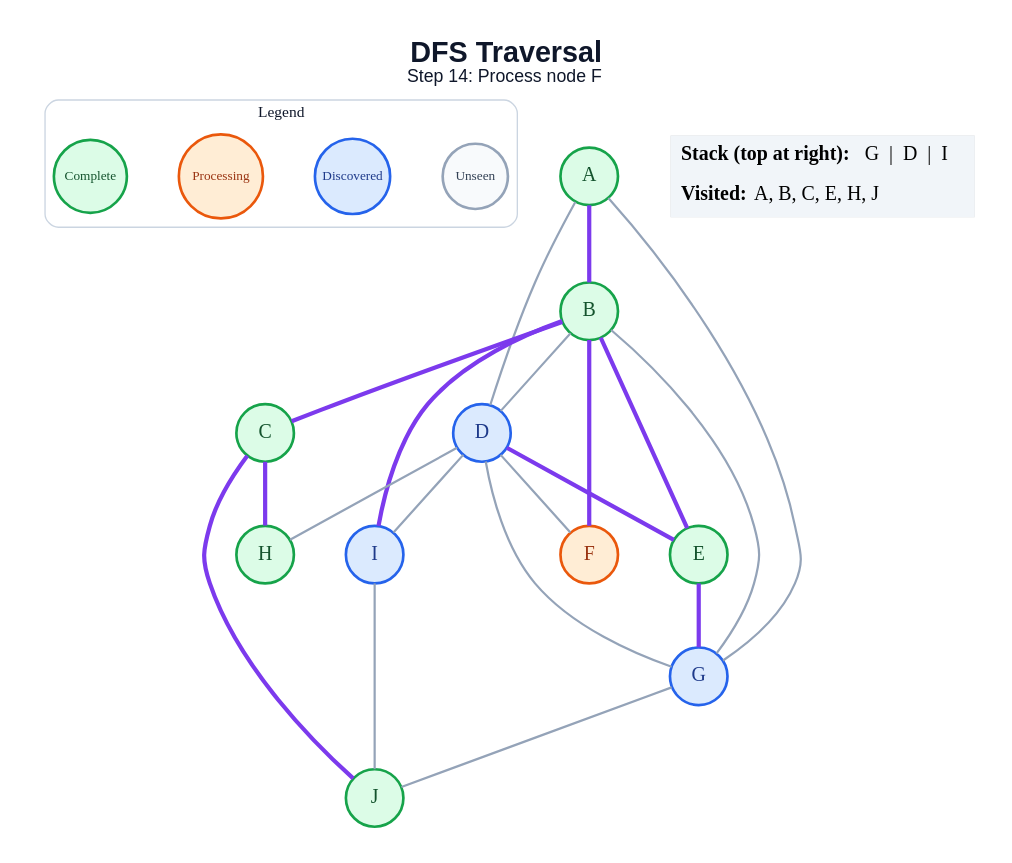
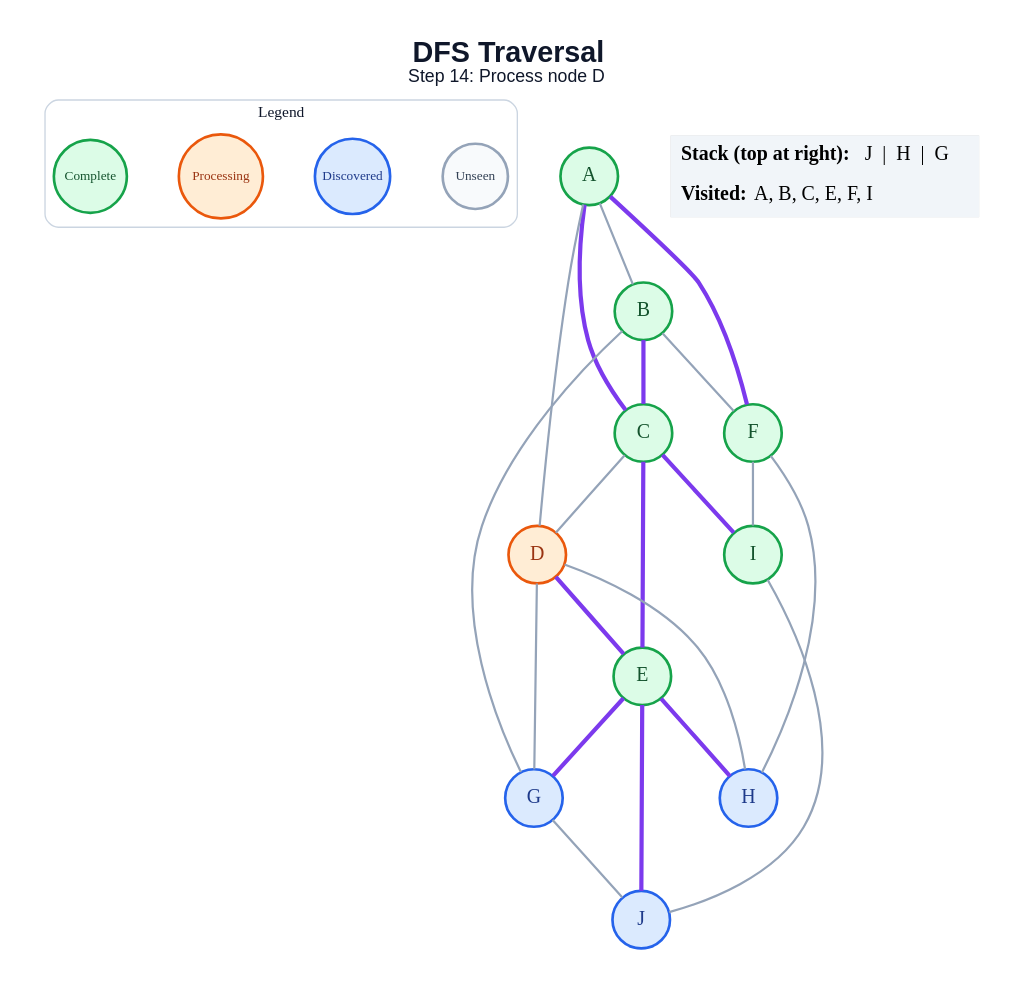
The diagram in generated/specific-node/dfs/step_14.dot (anon7238593-create/ai-slop), drawn with Graphviz before and after one commit. The commit also changed 178 other files, not shown here.

```diff
--- a/generated/specific-node/dfs/step_14.dot
+++ b/generated/specific-node/dfs/step_14.dot
@@ -1,48 +1,49 @@
 graph traversal {
   graph [layout=dot, rankdir=TB, bgcolor="#FFFFFF", pad="0.35", nodesep="0.65", ranksep="0.8", fontname="Arial"];
   node [shape=circle, style="filled", fontname="Arial Bold", fontsize=18, width=0.72, fixedsize=true, penwidth=2.4];
   edge [color="#94A3B8", penwidth=2.0];
-  label=<<B>DFS Traversal</B><BR/><FONT POINT-SIZE="16">Step 14: Process node F</FONT>>; labelloc="t"; fontsize=26; fontname="Arial"; fontcolor="#0F172A";
+  label=<<B>DFS Traversal</B><BR/><FONT POINT-SIZE="16">Step 14: Process node D</FONT>>; labelloc="t"; fontsize=26; fontname="Arial"; fontcolor="#0F172A";
   subgraph cluster_legend { label="Legend"; color="#CBD5E1"; penwidth=1.2; style="rounded"; fontsize=14; fontname="Arial Bold";
     key_unseen [label="Unseen", fillcolor="#F8FAFC", color="#94A3B8", fontcolor="#334155", fontsize=12, width=0.82];
     key_frontier [label="Discovered", fillcolor="#DBEAFE", color="#2563EB", fontcolor="#1E3A8A", fontsize=12, width=0.95];
     key_current [label="Processing", fillcolor="#FFEDD5", color="#EA580C", fontcolor="#9A3412", fontsize=12, width=1.05];
     key_done [label="Complete", fillcolor="#DCFCE7", color="#16A34A", fontcolor="#14532D", fontsize=12, width=0.92];
     { rank=same; key_unseen; key_frontier; key_current; key_done; }
   }
   A [fillcolor="#DCFCE7", color="#16A34A", fontcolor="#14532D"];
   B [fillcolor="#DCFCE7", color="#16A34A", fontcolor="#14532D"];
   C [fillcolor="#DCFCE7", color="#16A34A", fontcolor="#14532D"];
-  D [fillcolor="#DBEAFE", color="#2563EB", fontcolor="#1E3A8A"];
+  D [fillcolor="#FFEDD5", color="#EA580C", fontcolor="#9A3412"];
   E [fillcolor="#DCFCE7", color="#16A34A", fontcolor="#14532D"];
-  F [fillcolor="#FFEDD5", color="#EA580C", fontcolor="#9A3412"];
+  F [fillcolor="#DCFCE7", color="#16A34A", fontcolor="#14532D"];
   G [fillcolor="#DBEAFE", color="#2563EB", fontcolor="#1E3A8A"];
-  H [fillcolor="#DCFCE7", color="#16A34A", fontcolor="#14532D"];
-  I [fillcolor="#DBEAFE", color="#2563EB", fontcolor="#1E3A8A"];
-  J [fillcolor="#DCFCE7", color="#16A34A", fontcolor="#14532D"];
-  A -- B [color="#7C3AED", penwidth=3.8];
+  H [fillcolor="#DBEAFE", color="#2563EB", fontcolor="#1E3A8A"];
+  I [fillcolor="#DCFCE7", color="#16A34A", fontcolor="#14532D"];
+  J [fillcolor="#DBEAFE", color="#2563EB", fontcolor="#1E3A8A"];
+  A -- B;
+  A -- C [color="#7C3AED", penwidth=3.8];
   A -- D;
-  A -- G;
+  A -- F [color="#7C3AED", penwidth=3.8];
   B -- C [color="#7C3AED", penwidth=3.8];
-  B -- D;
-  B -- E [color="#7C3AED", penwidth=3.8];
-  B -- F [color="#7C3AED", penwidth=3.8];
+  B -- F;
   B -- G;
-  B -- I [color="#7C3AED", penwidth=3.8];
-  C -- H [color="#7C3AED", penwidth=3.8];
-  C -- J [color="#7C3AED", penwidth=3.8];
+  C -- D;
+  C -- E [color="#7C3AED", penwidth=3.8];
+  C -- I [color="#7C3AED", penwidth=3.8];
   D -- E [color="#7C3AED", penwidth=3.8];
-  D -- F;
   D -- G;
   D -- H;
-  D -- I;
   E -- G [color="#7C3AED", penwidth=3.8];
+  E -- H [color="#7C3AED", penwidth=3.8];
+  E -- J [color="#7C3AED", penwidth=3.8];
+  F -- H;
+  F -- I;
   G -- J;
   I -- J;
   status [shape=plain, fixedsize=false, width=0, height=0, margin=0, label=<
     <TABLE BORDER="0" CELLBORDER="0" CELLPADDING="7" BGCOLOR="#F1F5F9">
-      <TR><TD ALIGN="LEFT"><B>Stack (top at right):</B> G  |  D  |  I</TD></TR>
-      <TR><TD ALIGN="LEFT"><B>Visited:</B> A, B, C, E, H, J</TD></TR>
+      <TR><TD ALIGN="LEFT"><B>Stack (top at right):</B> J  |  H  |  G</TD></TR>
+      <TR><TD ALIGN="LEFT"><B>Visited:</B> A, B, C, E, F, I</TD></TR>
     </TABLE>
   >];
 }
```
